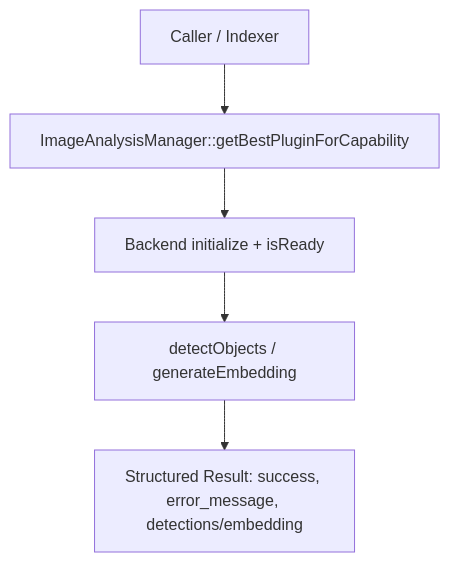
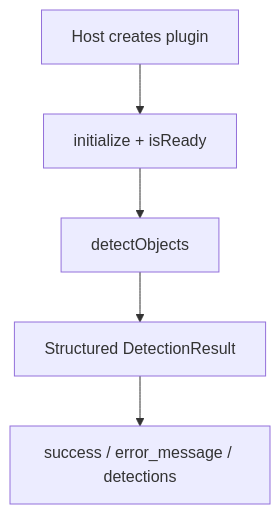
Before and after one commit to makr-code/ThemisDB: the diagram in src/image_analysis/ARCHITECTURE.md, drawn with Mermaid. The commit also changed other lines of this file and 9 other files, not shown here.

Commit message:
docs(image-analysis): reconcile module governance docs

````diff
--- a/src/image_analysis/ARCHITECTURE.md
+++ b/src/image_analysis/ARCHITECTURE.md
@@ -102,7 +102,7 @@
 ```mermaid
 flowchart TD
-    A[Caller / Indexer] --> B[ImageAnalysisManager::getBestPluginForCapability]
-    B --> C[Backend initialize + isReady]
-    C --> D[detectObjects / generateEmbedding]
-    D --> E[Structured Result: success, error_message, detections/embedding]
+    A[Host creates plugin] --> B[initialize + isReady]
+    B --> C[detectObjects]
+    C --> D[Structured DetectionResult]
+    D --> E[success / error_message / detections]
 ```
````
